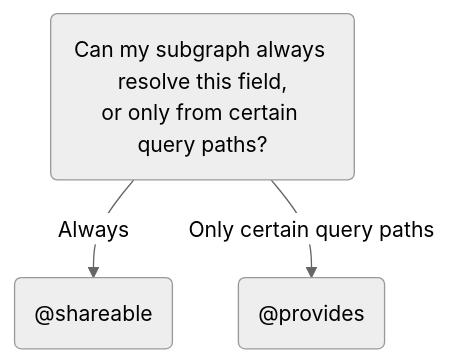
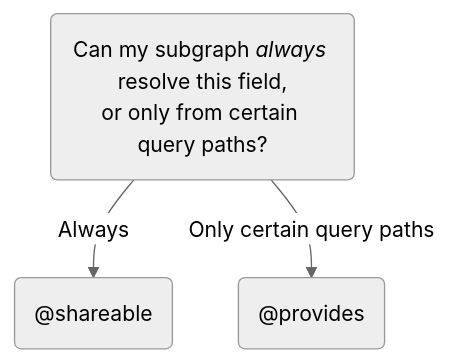
One commit to apollographql/federation changed the diagram in docs/source/entities/resolve-another-subgraphs-fields.mdx. Above: the diagram before and after it, drawn with Mermaid (neutral theme). The commit also changed other lines of this file and 9 other files, not shown here.

````diff
--- a/docs/source/entities/resolve-another-subgraphs-fields.mdx
+++ b/docs/source/entities/resolve-another-subgraphs-fields.mdx
@@ -14,7 +26,7 @@
 ```mermaid
 graph TB;
-  resolve("Can my subgraph always resolve this field,<br/>or only from certain query paths?");
+  resolve("Can my subgraph <em>always</em> resolve this field,<br/>or only from certain query paths?");
   resolve--Always-->shareable("@shareable");
   resolve--"Only certain query paths"-->provides("@provides");
   class shareable,provides tertiary;
 ```
````
